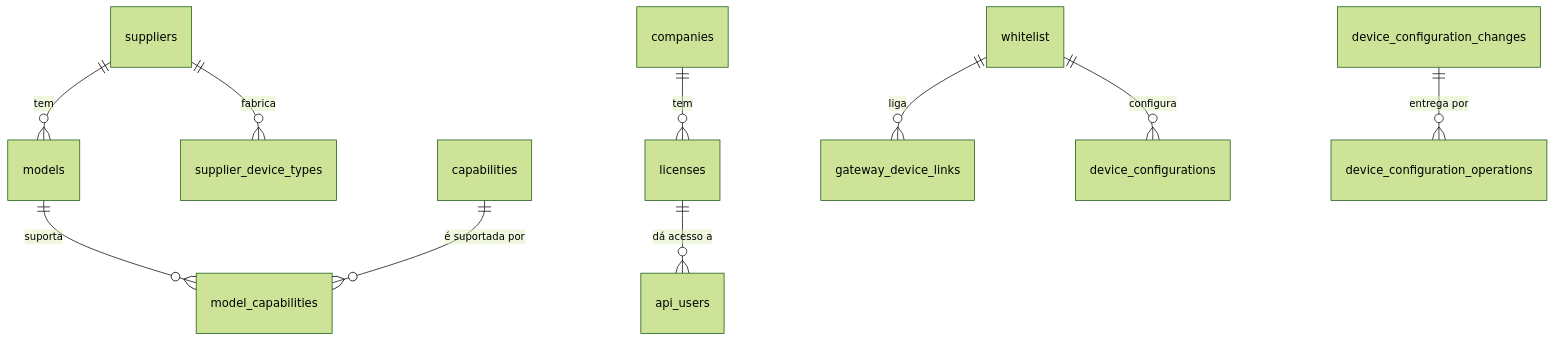
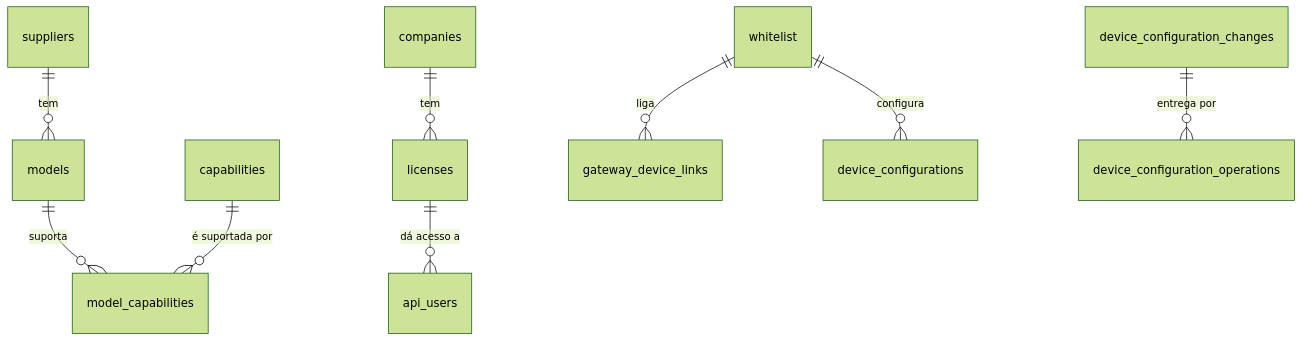
The first of 2 diagrams in docs/14-persistencia.md (hvieira512/havicare-hub), drawn with Mermaid (forest theme) before and after one commit. The commit also changed other lines of this file and 14 other files, not shown here.

````diff
--- a/docs/14-persistencia.md
+++ b/docs/14-persistencia.md
@@ -18,12 +18,11 @@
 ```mermaid
 erDiagram
     suppliers ||--o{ models : "tem"
-    suppliers ||--o{ supplier_device_types : "fabrica"
     models ||--o{ model_capabilities : "suporta"
     capabilities ||--o{ model_capabilities : "é suportada por"
     companies ||--o{ licenses : "tem"
     licenses ||--o{ api_users : "dá acesso a"
     whitelist ||--o{ gateway_device_links : "liga"
     whitelist ||--o{ device_configurations : "configura"
     device_configuration_changes ||--o{ device_configuration_operations : "entrega por"
 ```
````
